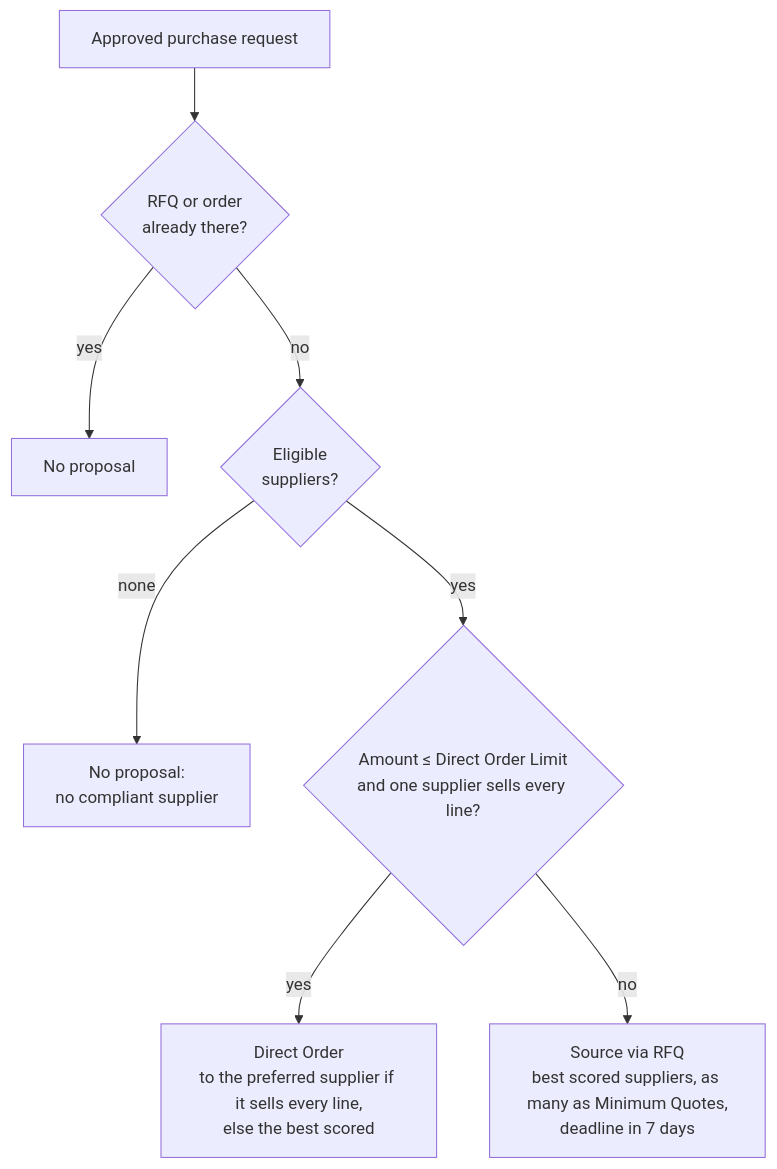
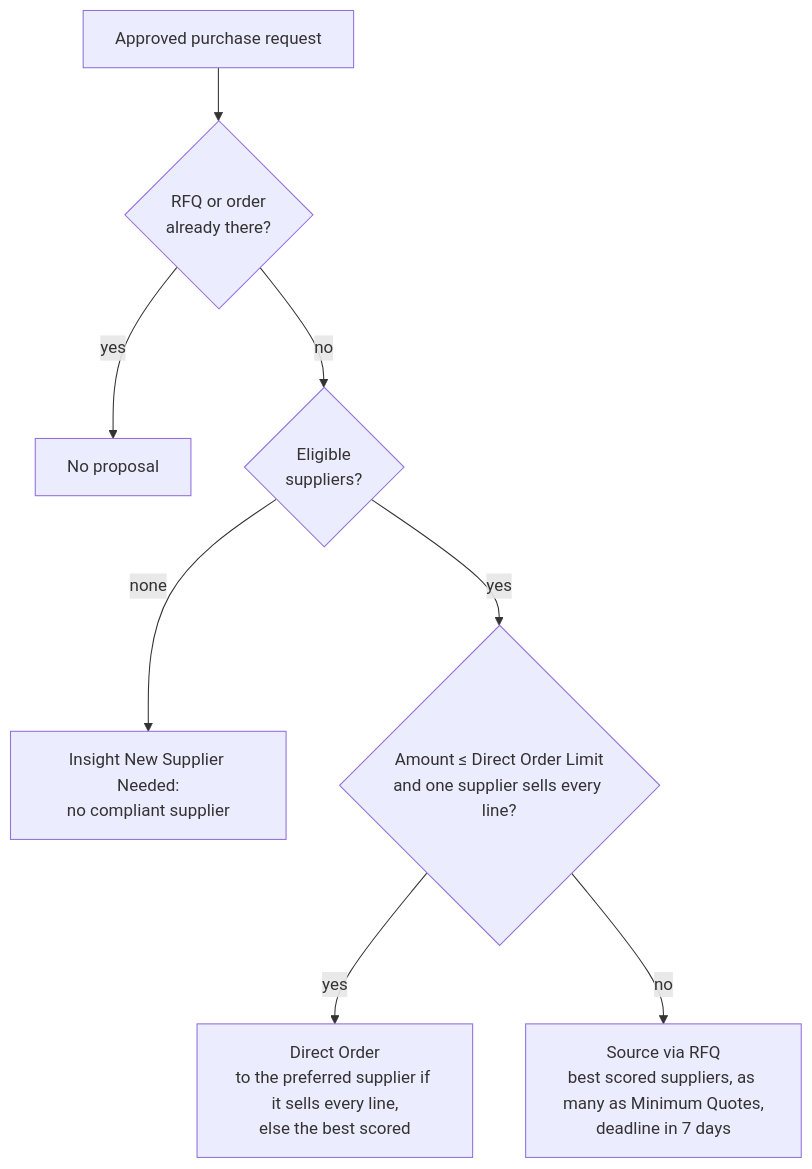
Before and after one commit to Power-Builders-Italia/ProjectIQ: the fourth of 4 diagrams in docs/en/sourcing-agent.md, drawn with Mermaid. The commit also changed other lines of this file and 25 other files, not shown here.

````diff
--- a/docs/en/sourcing-agent.md
+++ b/docs/en/sourcing-agent.md
@@ -221,10 +223,10 @@
 ```mermaid
 flowchart TD
     A[Approved purchase request] --> B{RFQ or order<br/>already there?}
     B -->|yes| NA[No proposal]
     B -->|no| C{Eligible<br/>suppliers?}
-    C -->|none| NS[No proposal:<br/>no compliant supplier]
+    C -->|none| NS[Insight New Supplier Needed:<br/>no compliant supplier]
     C -->|yes| D{Amount ≤ Direct Order Limit<br/>and one supplier sells every line?}
     D -->|yes| DO[Direct Order<br/>to the preferred supplier if it sells every line,<br/>else the best scored]
     D -->|no| RFQ[Source via RFQ<br/>best scored suppliers, as many as Minimum Quotes,<br/>deadline in 7 days]
 ```
````
